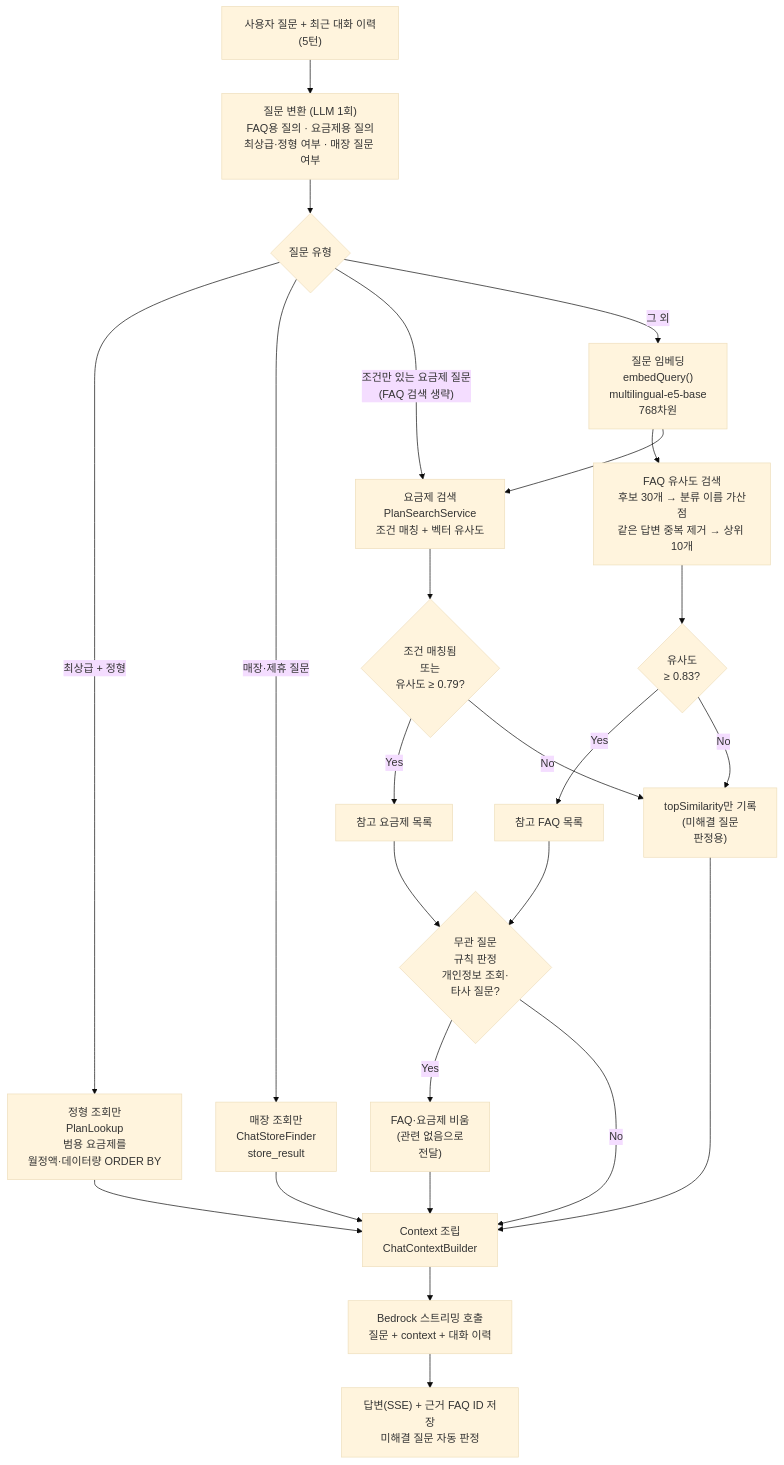
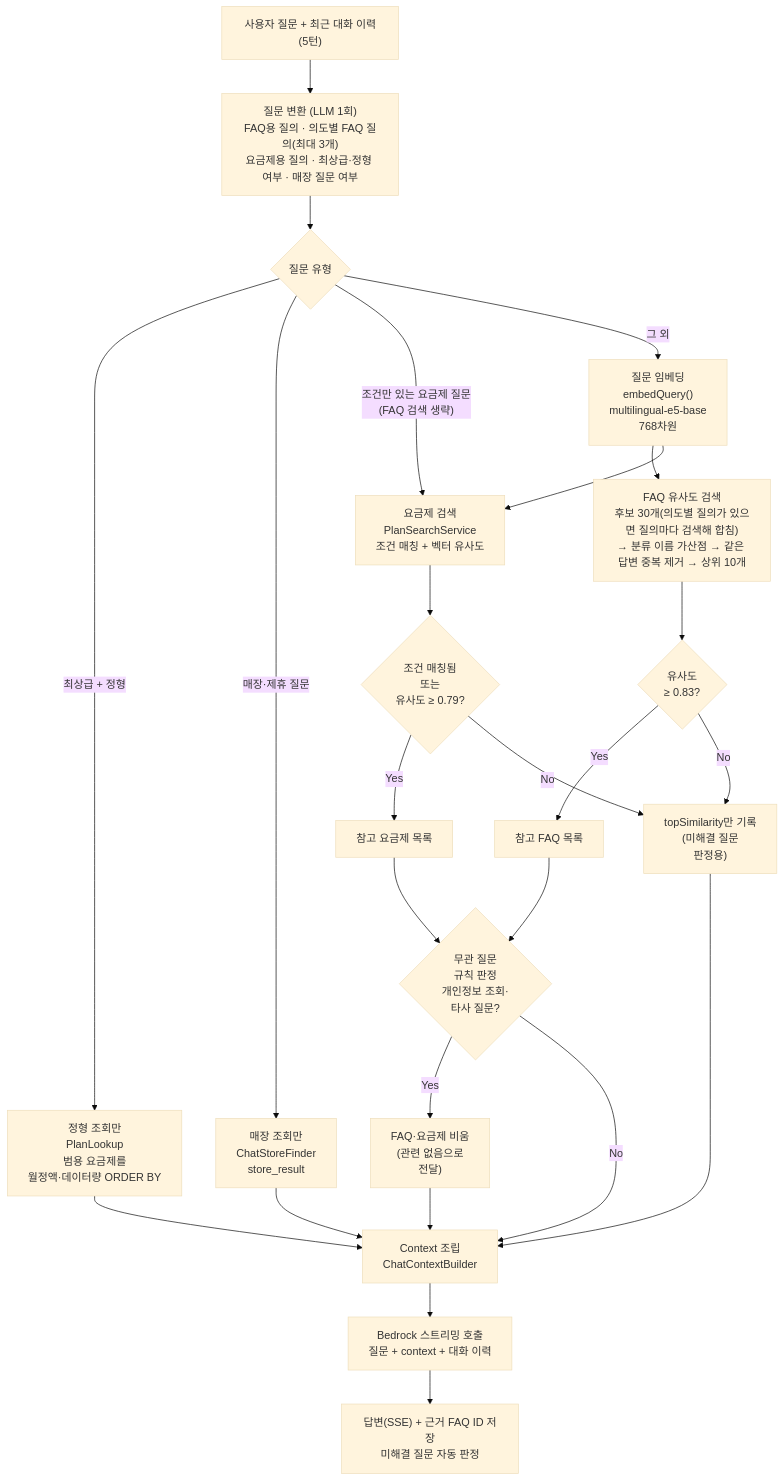
The first of 2 diagrams in README.md (VITA-500/Vita-BE), drawn with Mermaid (base theme) before and after one commit. The commit also changed other lines of this file, not shown here.

````diff
--- a/README.md
+++ b/README.md
@@ -242,27 +208,27 @@
 ```mermaid
 flowchart TD
-    A["사용자 질문 + 최근 대화 이력(5턴)"] --> B["질문 변환 (LLM 1회)<br/>FAQ용 질의 · 요금제용 질의<br/>최상급·정형 여부 · 매장 질문 여부"]
+    A["사용자 질문 + 최근 대화 이력(5턴)"] --> B["질문 변환 (LLM 1회)<br/>FAQ용 질의 · 의도별 FAQ 질의(최대 3개)<br/>요금제용 질의 · 최상급·정형 여부 · 매장 질문 여부"]
     B --> C{"질문 유형"}
     C -->|"최상급 + 정형"| Y["정형 조회만<br/>PlanLookup<br/>범용 요금제를<br/>월정액·데이터량 ORDER BY"]
     C -->|"매장·제휴 질문"| S["매장 조회만<br/>ChatStoreFinder<br/>store_result"]
     C -->|"조건만 있는 요금제 질문<br/>(FAQ 검색 생략)"| G
     C -->|"그 외"| E["질문 임베딩<br/>embedQuery()<br/>multilingual-e5-base<br/>768차원"]
-    E --> F["FAQ 유사도 검색<br/>후보 30개 → 분류 이름 가산점<br/>같은 답변 중복 제거 → 상위 10개"]
+    E --> F["FAQ 유사도 검색<br/>후보 30개(의도별 질의가 있으면 질의마다 검색해 합침)<br/>→ 분류 이름 가산점 → 같은 답변 중복 제거 → 상위 10개"]
     E --> G["요금제 검색<br/>PlanSearchService<br/>조건 매칭 + 벡터 유사도"]
     F --> H{"유사도<br/>≥ 0.83?"}
     G --> I{"조건 매칭됨<br/>또는<br/>유사도 ≥ 0.79?"}
     H -->|Yes| J[참고 FAQ 목록]
     H -->|No| K["topSimilarity만 기록<br/>(미해결 질문<br/>판정용)"]
     I -->|Yes| M[참고 요금제 목록]
     I -->|No| K
     J --> R{"무관 질문<br/>규칙 판정<br/>개인정보 조회·<br/>타사 질문?"}
     M --> R
     R -->|Yes| Z["FAQ·요금제 비움<br/>(관련 없음으로<br/>전달)"]
     R -->|No| X["Context 조립<br/>ChatContextBuilder"]
     Y --> X
     S --> X
     Z --> X
     K --> X
     X --> O["Bedrock 스트리밍 호출<br/>질문 + context + 대화 이력"]
     O --> Q["답변(SSE) + 근거 FAQ ID 저장<br/>미해결 질문 자동 판정"]
 ```
````
